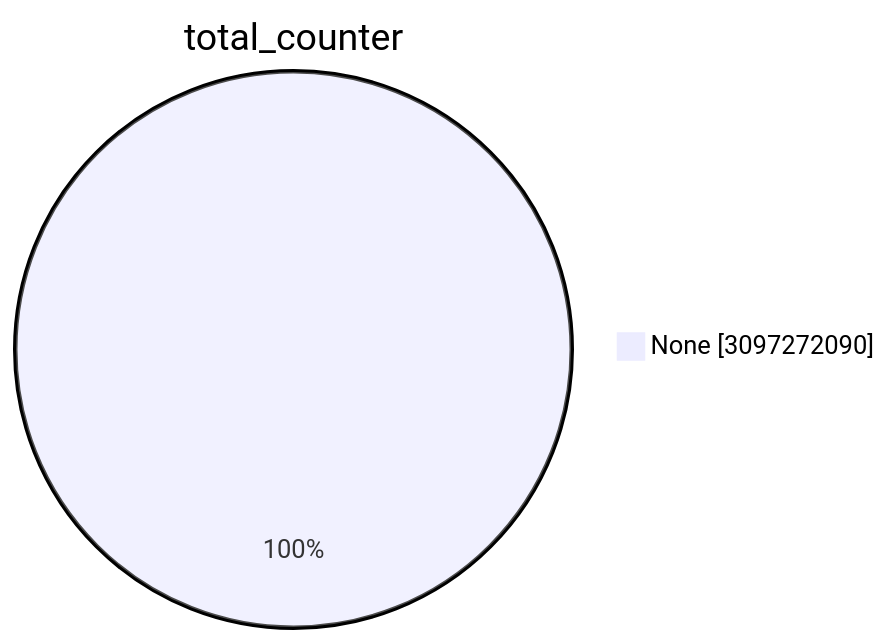
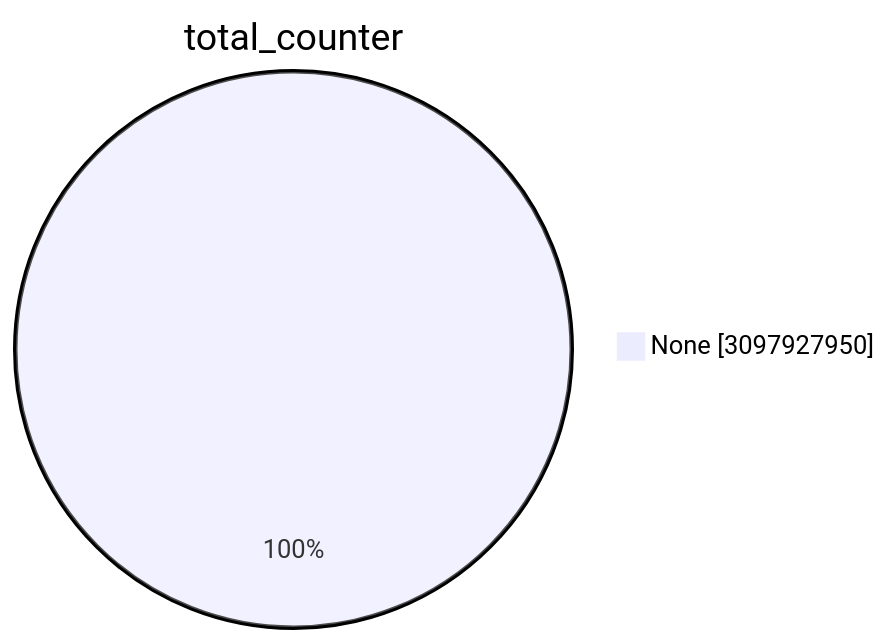
One commit to christiankrug/ctmonitor_visualization changed the first of 15 diagrams in TOTAL/README.md. Above: the diagram before and after it, drawn with Mermaid. The commit also changed other lines of this file, not shown here.

````diff
--- a/TOTAL/README.md
+++ b/TOTAL/README.md
@@ -1,5 +1,5 @@
 ```mermaid
 pie showData
 title total_counter
-"None" :3097272090
+"None" :3097927950
 ```
````
